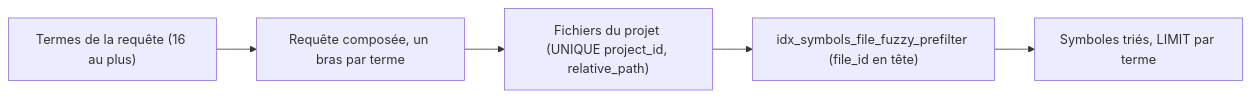
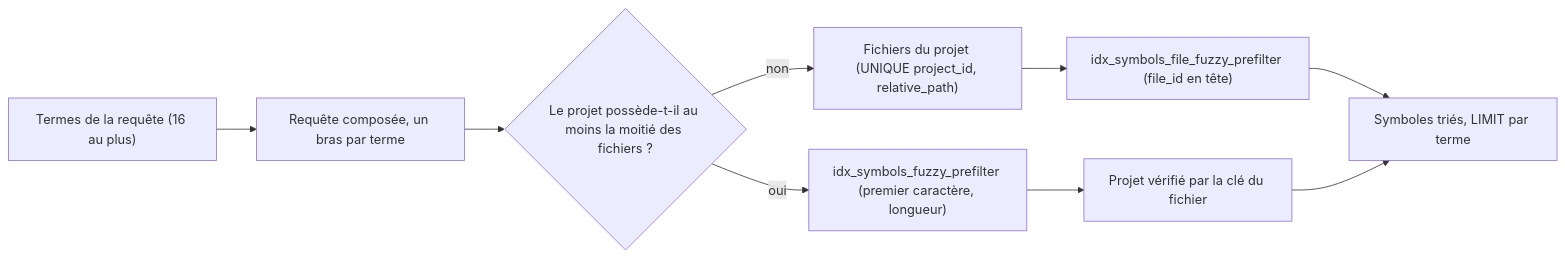
The second of 2 diagrams in docs/developer/large-scale-search.md (FTurleque/nexus-context-engine), drawn with Mermaid before and after one commit. The commit also changed other lines of this file and 8 other files, not shown here.

````diff
--- a/docs/developer/large-scale-search.md
+++ b/docs/developer/large-scale-search.md
@@ -202,7 +205,11 @@
 ```mermaid
 flowchart LR
     Q["Termes de la requête (16 au plus)"] --> L["Requête composée, un bras par terme"]
-    L --> F["Fichiers du projet (UNIQUE project_id, relative_path)"]
+    L --> P{"Le projet possède-t-il au moins la moitié des fichiers ?"}
+    P -- non --> F["Fichiers du projet (UNIQUE project_id, relative_path)"]
     F --> I["idx_symbols_file_fuzzy_prefilter (file_id en tête)"]
+    P -- oui --> G["idx_symbols_fuzzy_prefilter (premier caractère, longueur)"]
+    G --> K["Projet vérifié par la clé du fichier"]
     I --> R["Symboles triés, LIMIT par terme"]
+    K --> R
 ```
````
